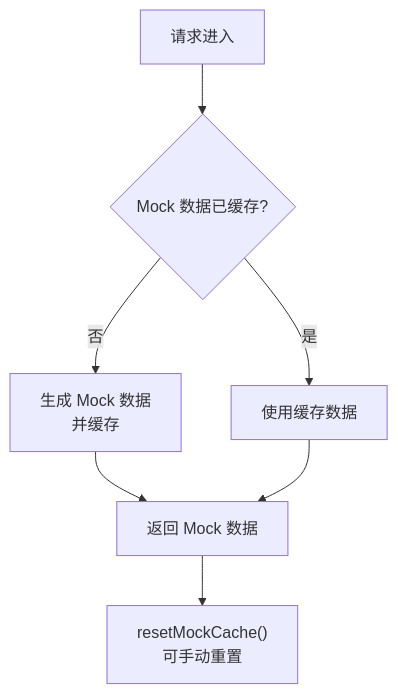
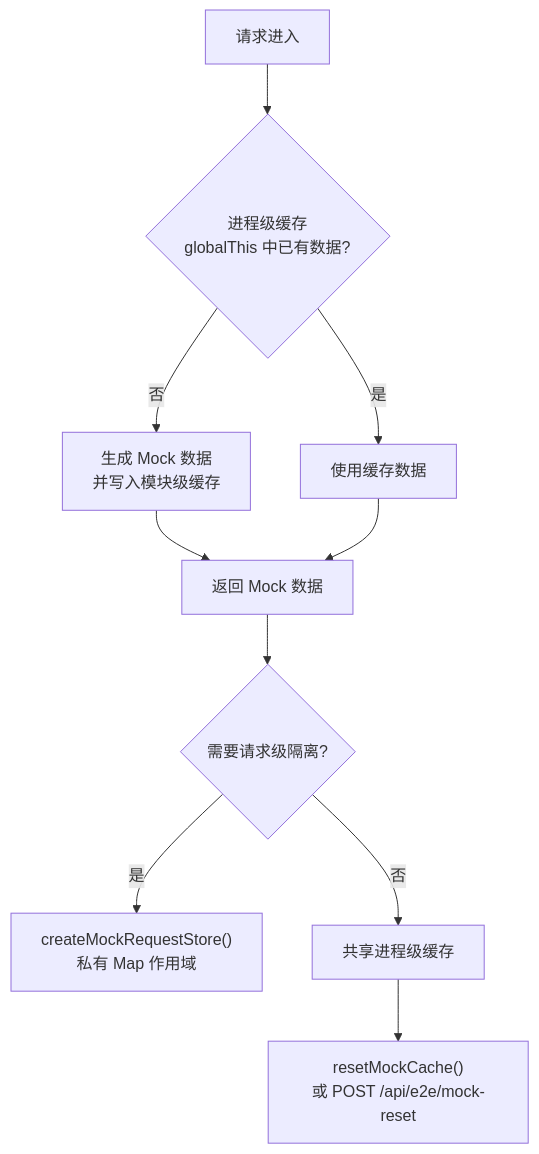
The third of 4 diagrams in docs/architecture/13-mock-system.md (Sun1090/IndieStack), drawn with Mermaid before and after one commit. The commit also changed other lines of this file and 14 other files, not shown here.

````diff
--- a/docs/architecture/13-mock-system.md
+++ b/docs/architecture/13-mock-system.md
@@ -72,9 +107,12 @@
 ```mermaid
 flowchart TD
-    Request["请求进入"] --> CheckCache{"Mock 数据已缓存?"}
-    CheckCache -->|否| Generate["生成 Mock 数据<br/>并缓存"]
-    CheckCache -->|是| UseCache["使用缓存数据"]
+    Request["请求进入"] --> Check{"进程级缓存<br/>globalThis 中已有数据?"}
+    Check -->|否| Generate["生成 Mock 数据<br/>并写入模块级缓存"]
+    Check -->|是| UseCache["使用缓存数据"]
     Generate --> Return["返回 Mock 数据"]
     UseCache --> Return
-    Return --> Reset["resetMockCache()<br/>可手动重置"]
+    Return --> Isolated{"需要请求级隔离?"}
+    Isolated -->|是| Scope["createMockRequestStore()<br/>私有 Map 作用域"]
+    Isolated -->|否| Shared["共享进程级缓存"]
+    Shared --> Reset["resetMockCache()<br/>或 POST /api/e2e/mock-reset"]
 ```
````
